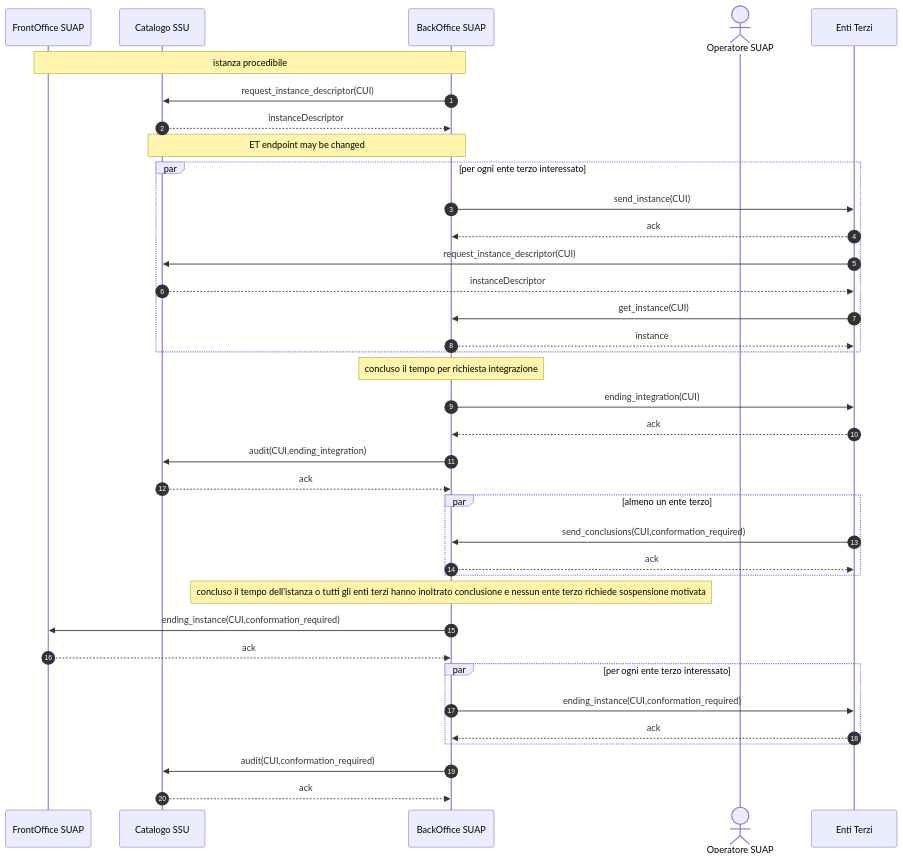
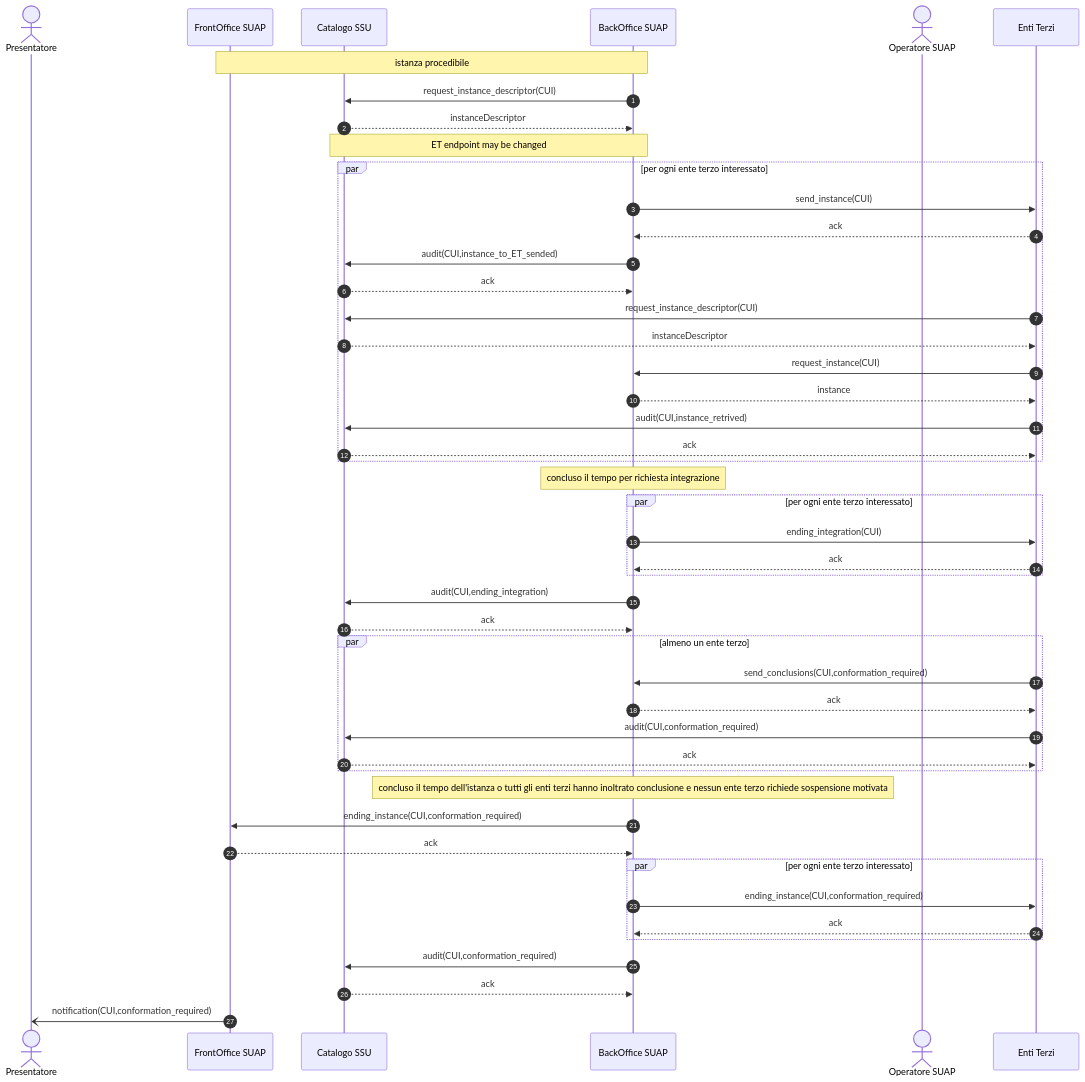
One commit to AgID/suap-gt-specifiche changed the diagram in to_interoperabilita/sequence-diagram/DomandaAutorizzazione-005.mermaid. Above: the diagram before and after it, drawn with Mermaid.

Commit message:
fixed DomandaAutorizzazione-005

```diff
--- a/to_interoperabilita/sequence-diagram/DomandaAutorizzazione-005.mermaid
+++ b/to_interoperabilita/sequence-diagram/DomandaAutorizzazione-005.mermaid
@@ -1,44 +1,55 @@
 sequenceDiagram
     autonumber
 
+    actor P as Presentatore    
     participant F as FrontOffice SUAP
     participant C as Catalogo SSU    
     participant B as BackOffice SUAP    
     actor O as Operatore SUAP    
     participant E as Enti Terzi    
  
     Note over F,B: istanza procedibile
     B ->> C: request_instance_descriptor(CUI)
     C -->> B: instanceDescriptor
     Note over C,B: ET endpoint may be changed
     
     par per ogni ente terzo interessato        
         B ->> E: send_instance(CUI)
         E -->> B: ack
+        B ->> C: audit(CUI,instance_to_ET_sended)
+        C -->> B: ack
         E ->> C: request_instance_descriptor(CUI)
         C -->> E: instanceDescriptor
-        E ->> B: get_instance(CUI)
+        E ->> B: request_instance(CUI)
         B -->> E: instance
+        E ->> C: audit(CUI,instance_retrived)
+        C -->> E: ack
     end
-    
+   
 
     Note over B: concluso il tempo per richiesta integrazione
-    B ->> E: ending_integration(CUI)
-    E -->> B: ack
-    B ->> C: audit(CUI,ending_integration)
-    C -->> B: ack
+    par per ogni ente terzo interessato 
+        B ->> E: ending_integration(CUI)
+        E -->> B: ack
+    end
+        B ->> C: audit(CUI,ending_integration)
+        C -->> B: ack
 
-    par almeno un ente terzo
+    par almeno un ente terzo 
         E ->> B: send_conclusions(CUI,conformation_required)
-        B -->> E: ack            
+        B -->> E: ack 
+         E ->> C: audit(CUI,conformation_required)
+        C -->> E: ack            
     end
 
     Note over B: concluso il tempo dell'istanza o tutti gli enti terzi hanno inoltrato conclusione e nessun ente terzo richiede sospensione motivata
     B ->> F: ending_instance(CUI,conformation_required)
     F -->> B: ack            
     par per ogni ente terzo interessato
         B ->> E: ending_instance(CUI,conformation_required)
         E -->> B: ack
     end
     B ->> C: audit(CUI,conformation_required)
     C -->> B: ack
+
+    F -) P: notification(CUI,conformation_required)
```
